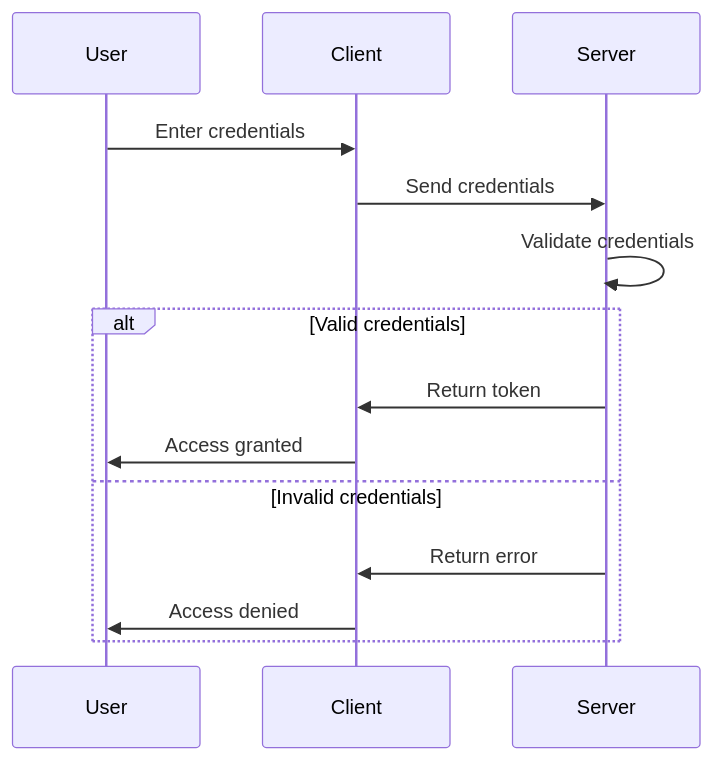
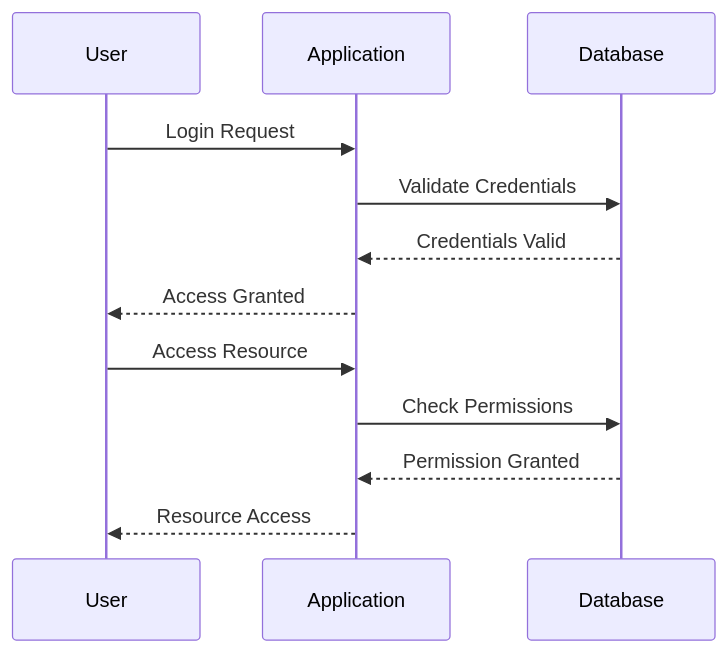
Before and after one commit to MasteryEducation/ClojureForJava.com: the diagram in content/3/23/1/index.md, drawn with Mermaid. The commit also changed other lines of this file and 74 other files, not shown here.

````diff
--- a/content/3/23/1/index.md
+++ b/content/3/23/1/index.md
@@ -220,16 +145,16 @@
 ```mermaid
 sequenceDiagram
     participant User
-    participant Client
-    participant Server
-    User->>Client: Enter credentials
-    Client->>Server: Send credentials
-    Server->>Server: Validate credentials
-    alt Valid credentials
-        Server->>Client: Return token
-        Client->>User: Access granted
-    else Invalid credentials
-        Server->>Client: Return error
-        Client->>User: Access denied
-    end
+    participant Application
+    participant Database
+
+    User->>Application: Login Request
+    Application->>Database: Validate Credentials
+    Database-->>Application: Credentials Valid
+    Application-->>User: Access Granted
+
+    User->>Application: Access Resource
+    Application->>Database: Check Permissions
+    Database-->>Application: Permission Granted
+    Application-->>User: Resource Access
 ```
````
